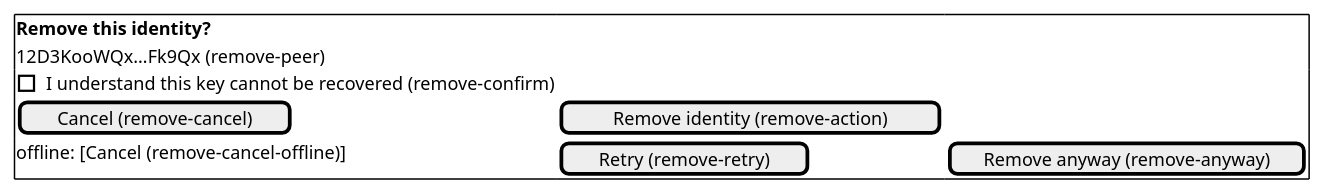
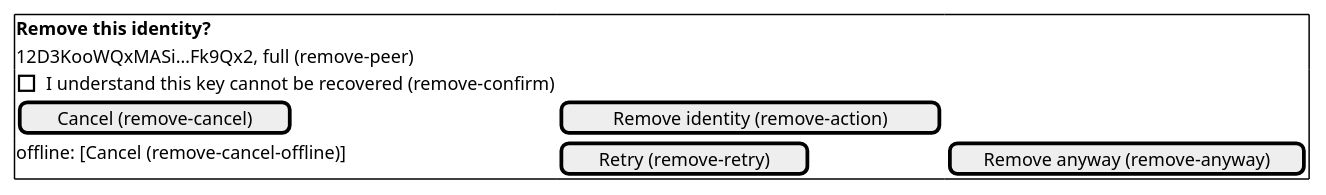
One commit to abbat/dyapp changed diagram 14 of 14 in docs/design/desktop-screens.md. Above: the diagram before and after it, drawn with PlantUML. The commit also changed other lines of this file and 4 other files, not shown here.

````diff
--- a/docs/design/desktop-screens.md
+++ b/docs/design/desktop-screens.md
@@ -279,11 +282,11 @@
 ```plantuml
 @startsalt
 {+
 <b>Remove this identity?
-12D3KooWQx…Fk9Qx (remove-peer)
+12D3KooWQxMASi…Fk9Qx2, full (remove-peer)
 [ ] I understand this key cannot be recovered (remove-confirm)
 [Cancel (remove-cancel)] | [Remove identity (remove-action)]
 offline: [Cancel (remove-cancel-offline)] | [Retry (remove-retry)] | [Remove anyway (remove-anyway)]
 }
 @endsalt
 ```
````
